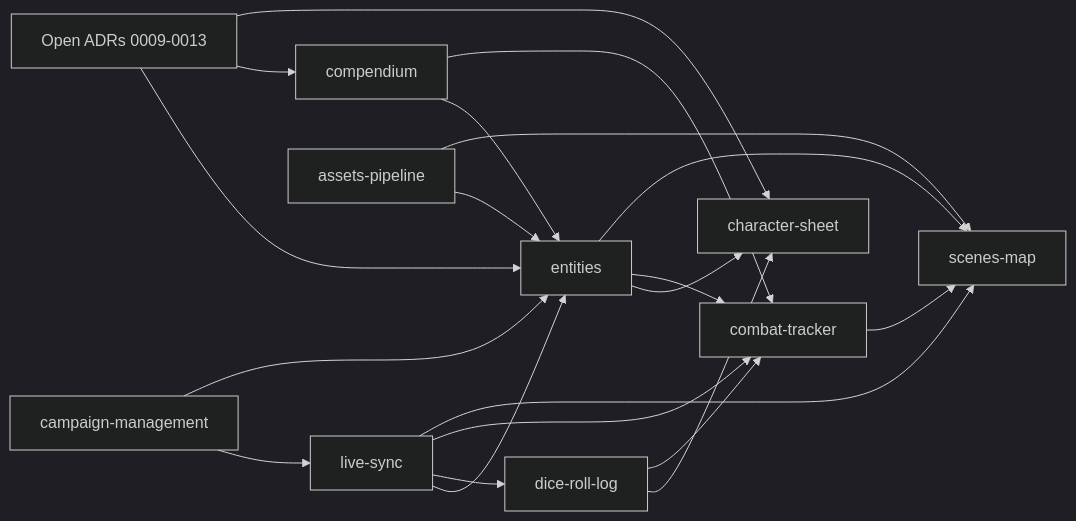
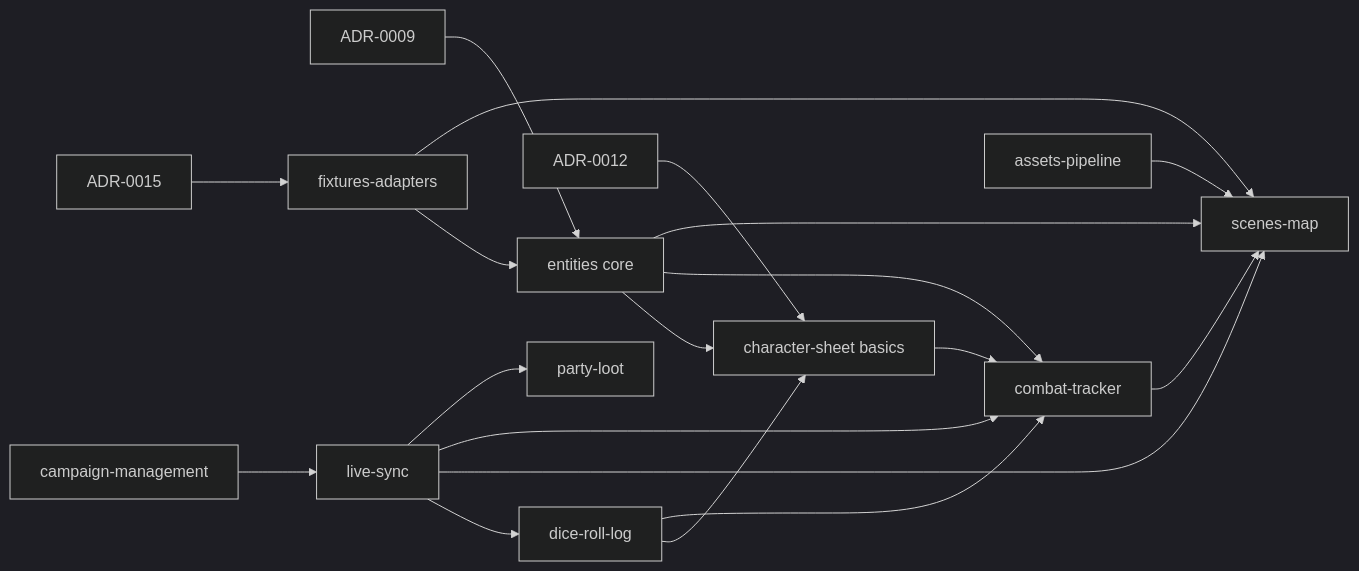
One commit to szymonbalasz/pocket-plane changed the diagram in docs/roadmap.md. Above: the diagram before and after it, drawn with Mermaid (dark theme). The commit also changed other lines of this file and 34 other files, not shown here.

Commit message:
Redefine MVP as playable session simulation (ADR-0014); add fixtures/adapters and party loot specs

````diff
--- a/docs/roadmap.md
+++ b/docs/roadmap.md
@@ -18,22 +22,21 @@
 ```mermaid
 graph LR
-  ADR[Open ADRs 0009-0013] --> ENT[entities]
-  ADR --> CMP[compendium]
-  ADR --> CHR[character-sheet]
-  SYNC[live-sync] --> ENT
+  A9[ADR-0009] --> ENT[entities core]
+  A15[ADR-0015] --> FIX[fixtures-adapters]
+  A12[ADR-0012] --> CHR[character-sheet basics]
+  CAMP[campaign-management] --> SYNC[live-sync]
   SYNC --> DICE[dice-roll-log]
+  SYNC --> MAP[scenes-map]
   SYNC --> CBT[combat-tracker]
-  SYNC --> MAP[scenes-map]
-  CAMP[campaign-management] --> SYNC
-  CAMP --> ENT
-  ASSET[assets-pipeline] --> ENT
-  ASSET --> MAP
-  CMP --> ENT
+  SYNC --> LOOT[party-loot]
+  ASSET[assets-pipeline] --> MAP
   ENT --> CHR
   ENT --> CBT
   ENT --> MAP
-  CMP --> CBT
+  FIX --> ENT
+  FIX --> MAP
   DICE --> CHR
   DICE --> CBT
+  CHR --> CBT
   CBT --> MAP
 ```
````
